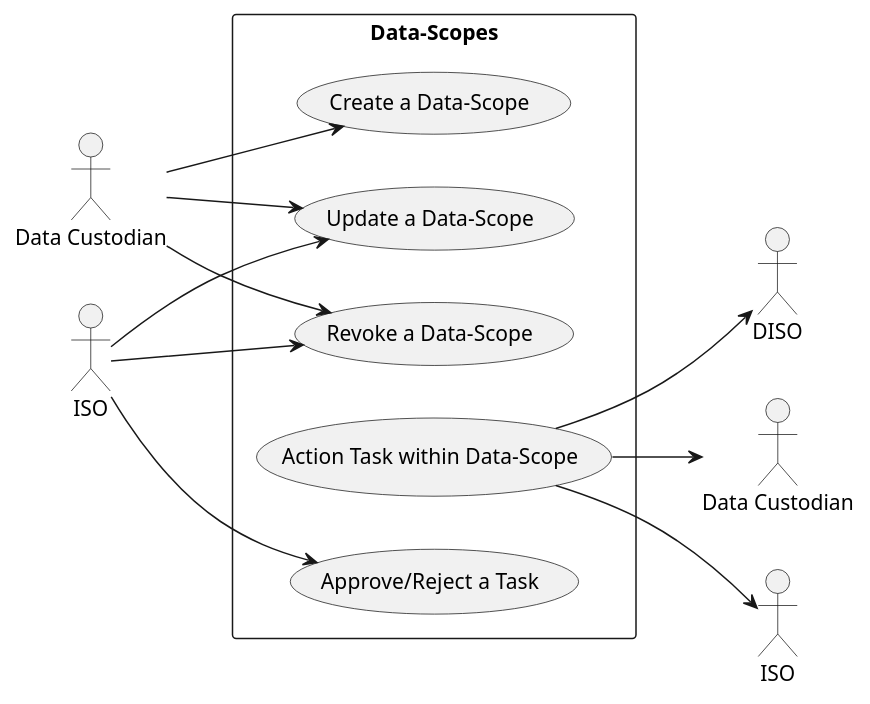
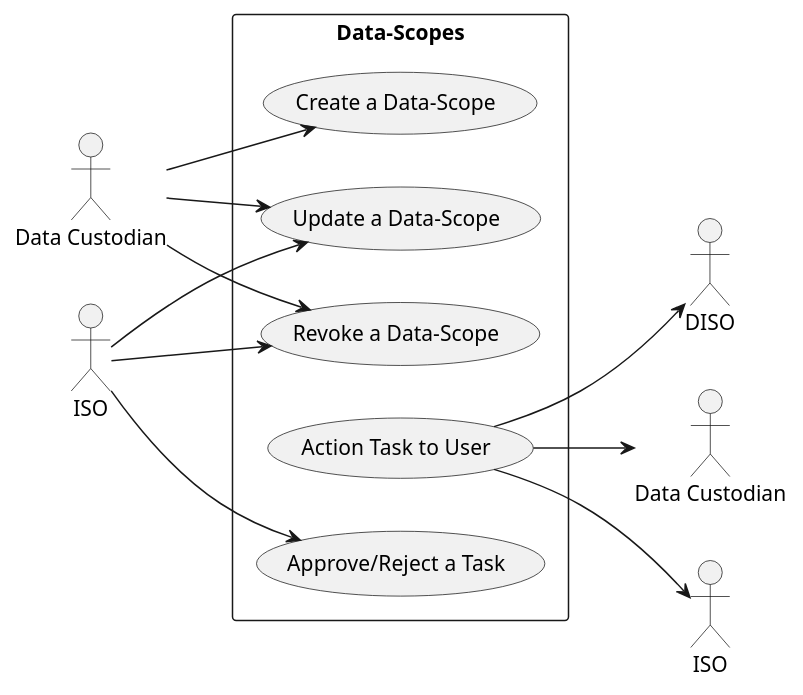
One commit to COS301-SE-2023/InfoSafe changed the diagram in Documentation/Diagrams/Data-Scope's.puml. Above: the diagram before and after it, drawn with PlantUML. The commit also changed 2 other files, not shown here.

Commit message:
Created Compliance-matrix UseCase diagram

```diff
--- a/Documentation/Diagrams/Data-Scope's.puml
+++ b/Documentation/Diagrams/Data-Scope's.puml
@@ -1,22 +1,22 @@
 @startuml
 left to right direction
 actor "Data Custodian" as ds
 actor "ISO" as iso
 actor "DISO" as diso
 rectangle Data-Scopes {
   usecase "Create a Data-Scope" as UC1
   usecase "Update a Data-Scope" as UC2
   usecase "Revoke a Data-Scope" as UC3
-  usecase "Action Task within Data-Scope" as UC4
+  usecase "Action Task to User" as UC4
   usecase "Approve/Reject a Task" as UC5
 }
 ds --> UC1
 ds --> UC2
 ds --> UC3
 iso --> UC2
 iso --> UC3
 iso --> UC5
 UC4 --> "Data Custodian"
 UC4 --> "ISO"
 UC4 --> diso
 @enduml
```
